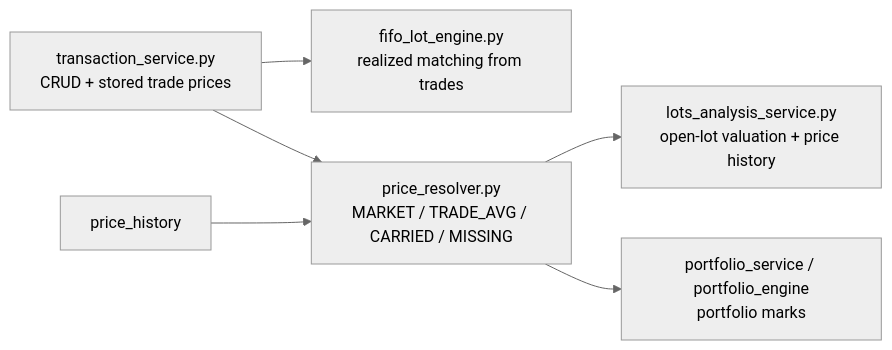
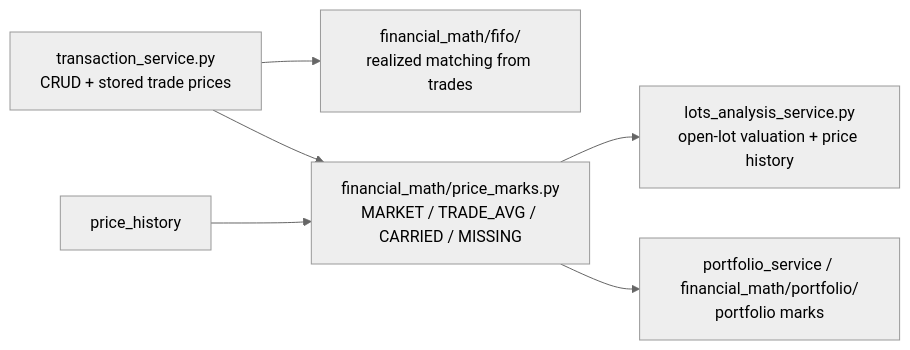
One commit to Librefolio/LibreFolio changed the diagram in mkdocs_src/docs/developer/backend/transactions/service.md. Above: the diagram before and after it, drawn with Mermaid (neutral theme). The commit also changed 20 other files, not shown here.

First line of the commit message:
docs(dev): document the financial_math layer

````diff
--- a/mkdocs_src/docs/developer/backend/transactions/service.md
+++ b/mkdocs_src/docs/developer/backend/transactions/service.md
@@ -200,8 +200,8 @@
 ```mermaid
 flowchart LR
-    TX[transaction_service.py<br/>CRUD + stored trade prices] --> FIFO[fifo_lot_engine.py<br/>realized matching from trades]
-    TX --> Resolver[price_resolver.py<br/>MARKET / TRADE_AVG / CARRIED / MISSING]
+    TX[transaction_service.py<br/>CRUD + stored trade prices] --> FIFO["financial_math/fifo/<br/>realized matching from trades"]
+    TX --> Resolver["financial_math/price_marks.py<br/>MARKET / TRADE_AVG / CARRIED / MISSING"]
     Prices[price_history] --> Resolver
     Resolver --> Lots[lots_analysis_service.py<br/>open-lot valuation + price history]
-    Resolver --> Portfolio[portfolio_service / portfolio_engine<br/>portfolio marks]
+    Resolver --> Portfolio["portfolio_service / financial_math/portfolio/<br/>portfolio marks"]
 ```
````
